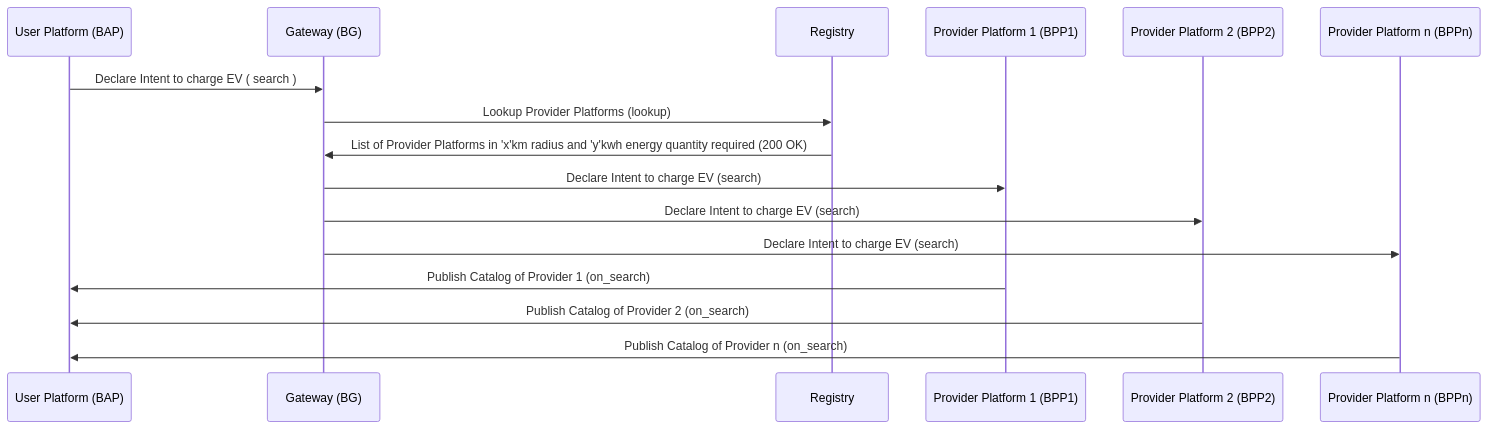
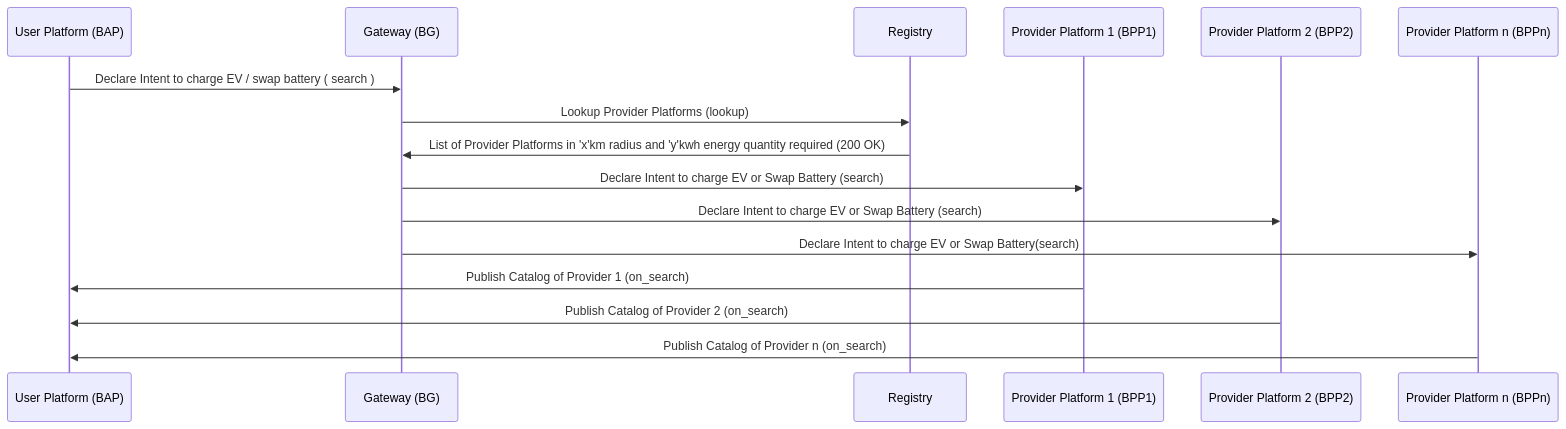
Before and after one commit to Sudheesh2609/DENT-Protocol: the second of 8 diagrams in docs/implementation-guides/EV_Charging/EV_Charging_and_Battery-Swapping-Worlflow.md, drawn with Mermaid. The commit also changed other lines of this file, not shown here.

First line of the commit message:
Update EV_Charging_and_Battery-Swapping-Worlflow.md

````diff
--- a/docs/implementation-guides/EV_Charging/EV_Charging_and_Battery-Swapping-Worlflow.md
+++ b/docs/implementation-guides/EV_Charging/EV_Charging_and_Battery-Swapping-Worlflow.md
@@ -89,12 +89,12 @@
 ```mermaid
     sequenceDiagram
-    User Platform (BAP)->>Gateway (BG): Declare Intent to charge EV ( search )
+    User Platform (BAP)->>Gateway (BG): Declare Intent to charge EV / swap battery ( search )
     Gateway (BG)->>Registry: Lookup Provider Platforms (lookup)
     Registry->>Gateway (BG): List of Provider Platforms in 'x'km radius and 'y'kwh energy quantity required (200 OK)
-    Gateway (BG)->>Provider Platform 1 (BPP1): Declare Intent to charge EV (search)
-    Gateway (BG)->>Provider Platform 2 (BPP2): Declare Intent to charge EV (search)
-    Gateway (BG)->>Provider Platform n (BPPn): Declare Intent to charge EV (search)
+    Gateway (BG)->>Provider Platform 1 (BPP1): Declare Intent to charge EV or Swap Battery (search)
+    Gateway (BG)->>Provider Platform 2 (BPP2): Declare Intent to charge EV or Swap Battery (search)
+    Gateway (BG)->>Provider Platform n (BPPn): Declare Intent to charge EV or Swap Battery(search)
     Provider Platform 1 (BPP1)->>User Platform (BAP): Publish Catalog of Provider 1 (on_search)
     Provider Platform 2 (BPP2)->>User Platform (BAP): Publish Catalog of Provider 2 (on_search)
     Provider Platform n (BPPn)->>User Platform (BAP): Publish Catalog of Provider n (on_search)
 ```
````
